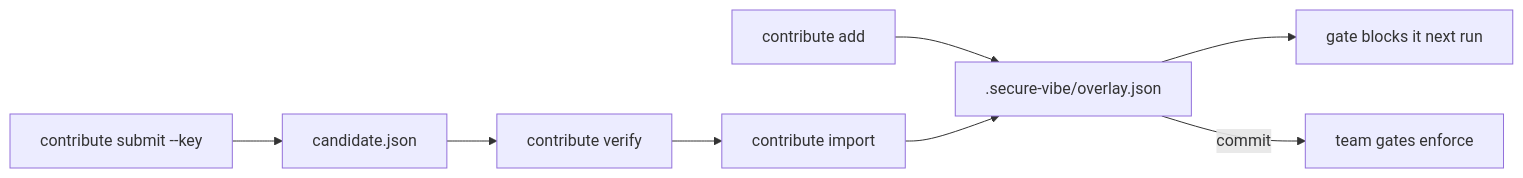
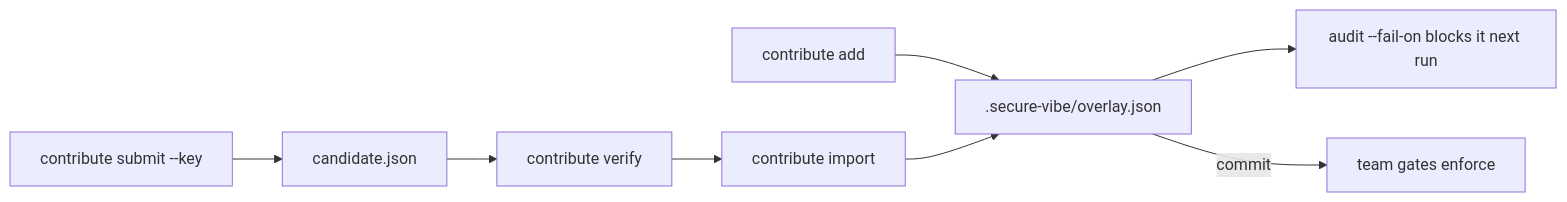
Before and after one commit to ShieldNet-360/secure-vibe: the diagram in docs/reference/cli.md, drawn with Mermaid. The commit also changed other lines of this file and 2 other files, not shown here.

````diff
--- a/docs/reference/cli.md
+++ b/docs/reference/cli.md
@@ -136,10 +141,10 @@
 ```mermaid
 flowchart LR
   A[contribute add] --> B[.secure-vibe/overlay.json]
-  B --> C[gate blocks it next run]
+  B --> C[audit --fail-on blocks it next run]
   B -- commit --> D[team gates enforce]
   A2[contribute submit --key] --> E[candidate.json]
   E --> F[contribute verify]
   F --> G[contribute import]
   G --> B
 ```
````
